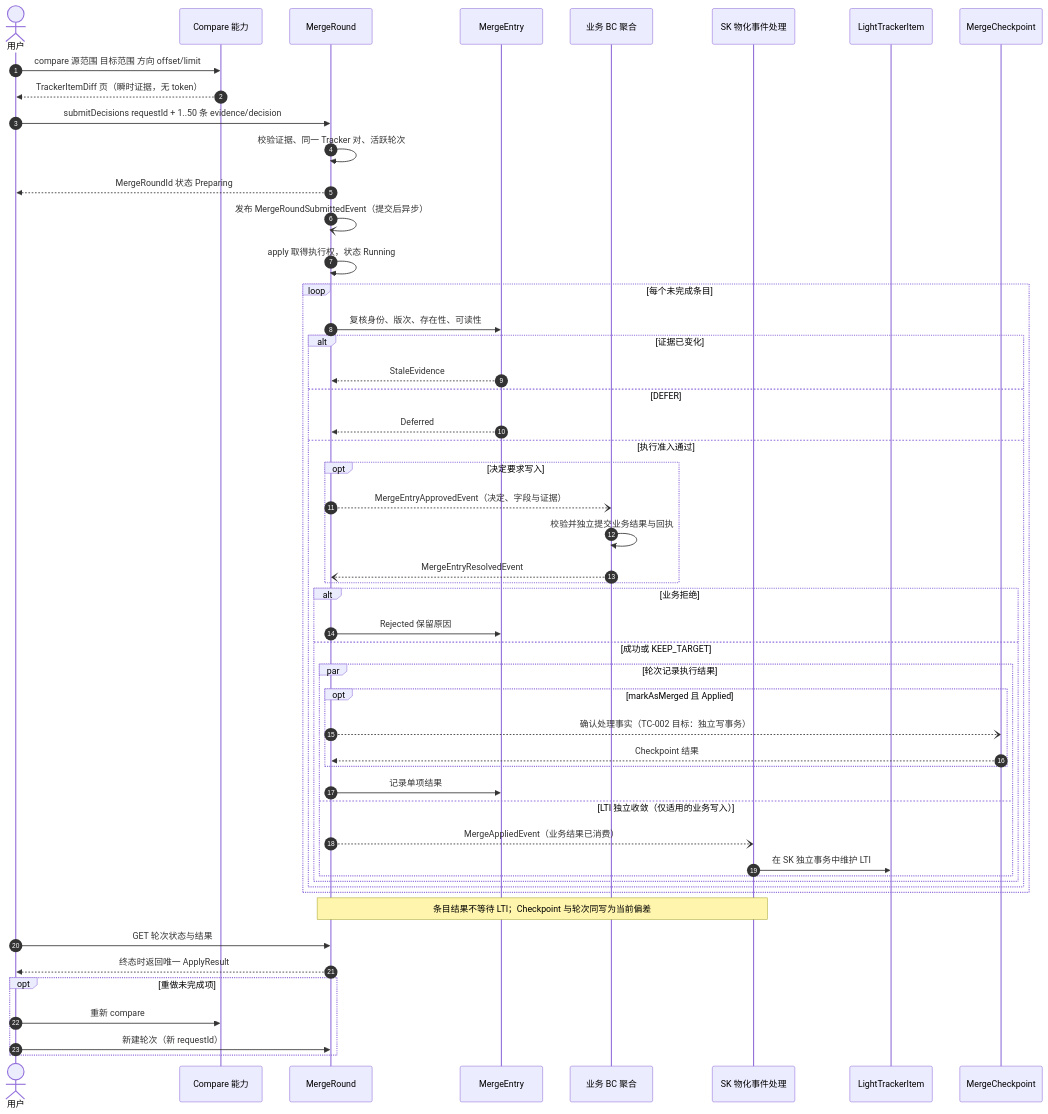
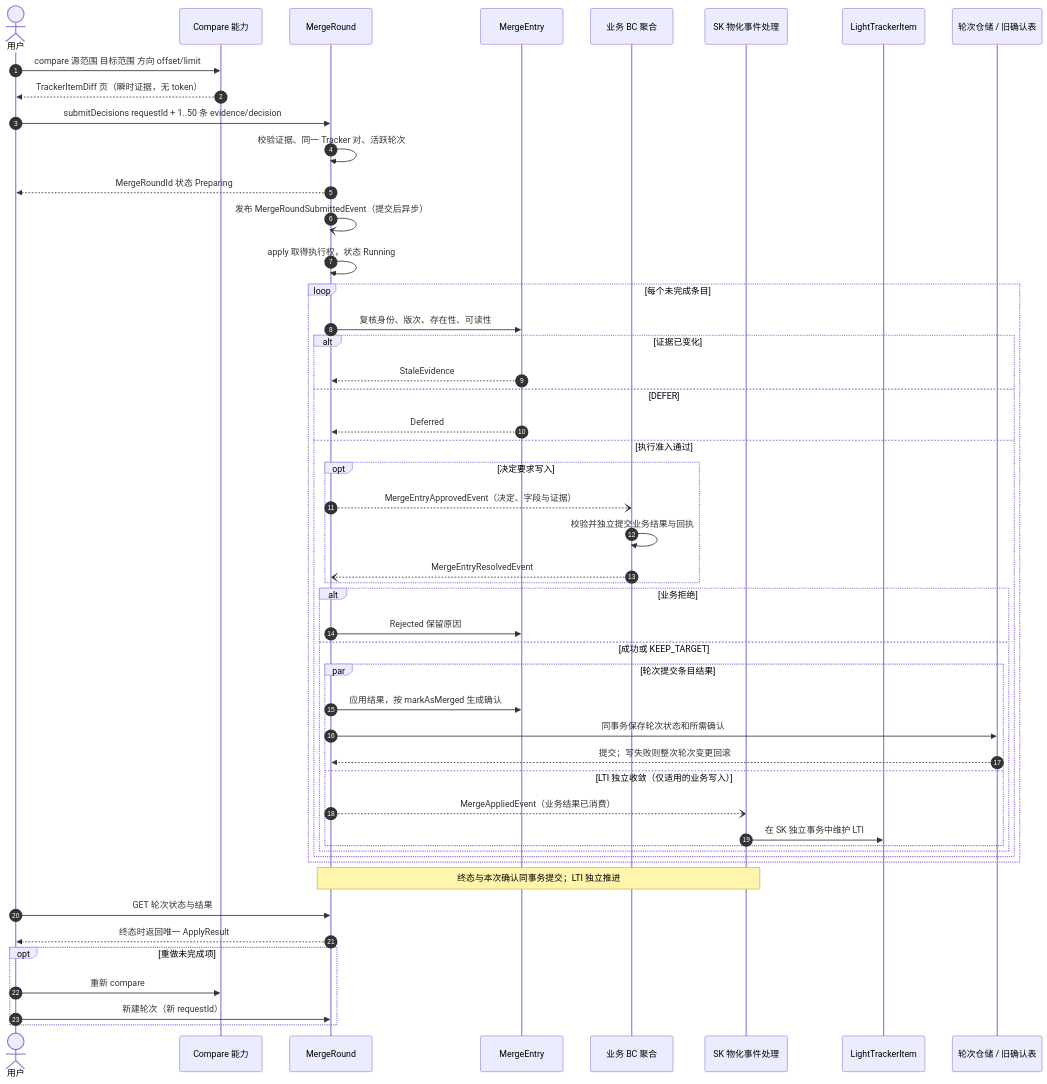
Before and after one commit to Greytrack/ddd-workingset: the first of 4 diagrams in docs/working-set/diagrams/merge-entry-lifecycle.md, drawn with Mermaid. The commit also changed other lines of this file and 44 other files, not shown here.

````diff
--- a/docs/working-set/diagrams/merge-entry-lifecycle.md
+++ b/docs/working-set/diagrams/merge-entry-lifecycle.md
@@ -19,58 +19,56 @@
 ```mermaid
 sequenceDiagram
     autonumber
     actor U as 用户
     participant D as Compare 能力
     participant R as MergeRound
     participant E as MergeEntry
     participant BC as 业务 BC 聚合
     participant H as SK 物化事件处理
     participant L as LightTrackerItem
-    participant C as MergeCheckpoint
+    participant C as 轮次仓储 / 旧确认表
 
     U->>D: compare 源范围 目标范围 方向 offset/limit
     D-->>U: TrackerItemDiff 页（瞬时证据，无 token）
 
     U->>R: submitDecisions requestId + 1..50 条 evidence/decision
     R->>R: 校验证据、同一 Tracker 对、活跃轮次
     R-->>U: MergeRoundId 状态 Preparing
     R-)R: 发布 MergeRoundSubmittedEvent（提交后异步）
 
     R->>R: apply 取得执行权，状态 Running
     loop 每个未完成条目
         R->>E: 复核身份、版次、存在性、可读性
         alt 证据已变化
             E-->>R: StaleEvidence
         else DEFER
             E-->>R: Deferred
         else 执行准入通过
             opt 决定要求写入
                 R--)BC: MergeEntryApprovedEvent（决定、字段与证据）
                 BC->>BC: 校验并独立提交业务结果与回执
                 BC--)R: MergeEntryResolvedEvent
             end
             alt 业务拒绝
                 R->>E: Rejected 保留原因
             else 成功或 KEEP_TARGET
-                par 轮次记录执行结果
-                    opt markAsMerged 且 Applied
-                        R--)C: 确认处理事实（TC-002 目标：独立写事务）
-                        C-->>R: Checkpoint 结果
-                    end
-                    R->>E: 记录单项结果
+                par 轮次提交条目结果
+                    R->>E: 应用结果，按 markAsMerged 生成确认
+                    R->>C: 同事务保存轮次状态和所需确认
+                    C-->>R: 提交；写失败则整次轮次变更回滚
                 and LTI 独立收敛（仅适用的业务写入）
                     R--)H: MergeAppliedEvent（业务结果已消费）
                     H->>L: 在 SK 独立事务中维护 LTI
                 end
             end
         end
     end
-    Note over R,H: 条目结果不等待 LTI；Checkpoint 与轮次同写为当前偏差
+    Note over R,H: 终态与本次确认同事务提交；LTI 独立推进
     U->>R: GET 轮次状态与结果
     R-->>U: 终态时返回唯一 ApplyResult
 
     opt 重做未完成项
         U->>D: 重新 compare
         U->>R: 新建轮次（新 requestId）
     end
 ```
````
